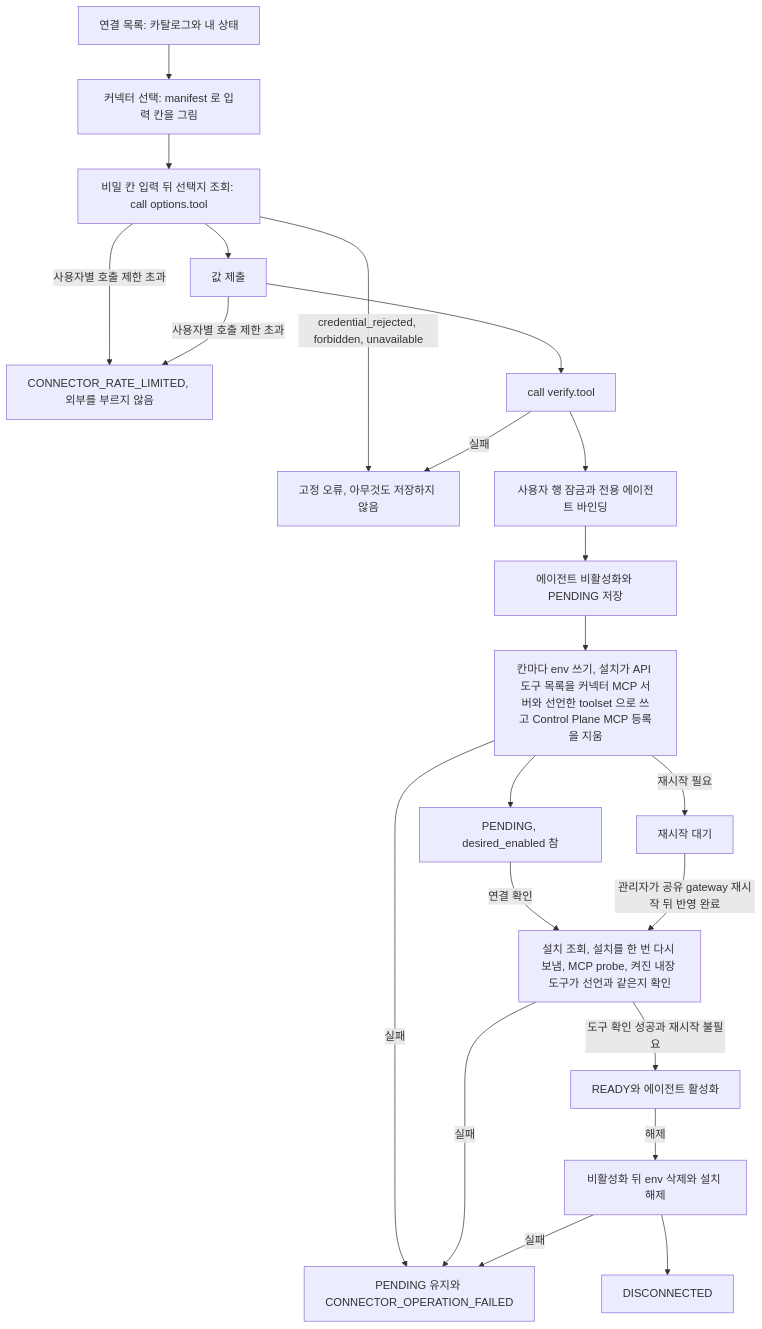
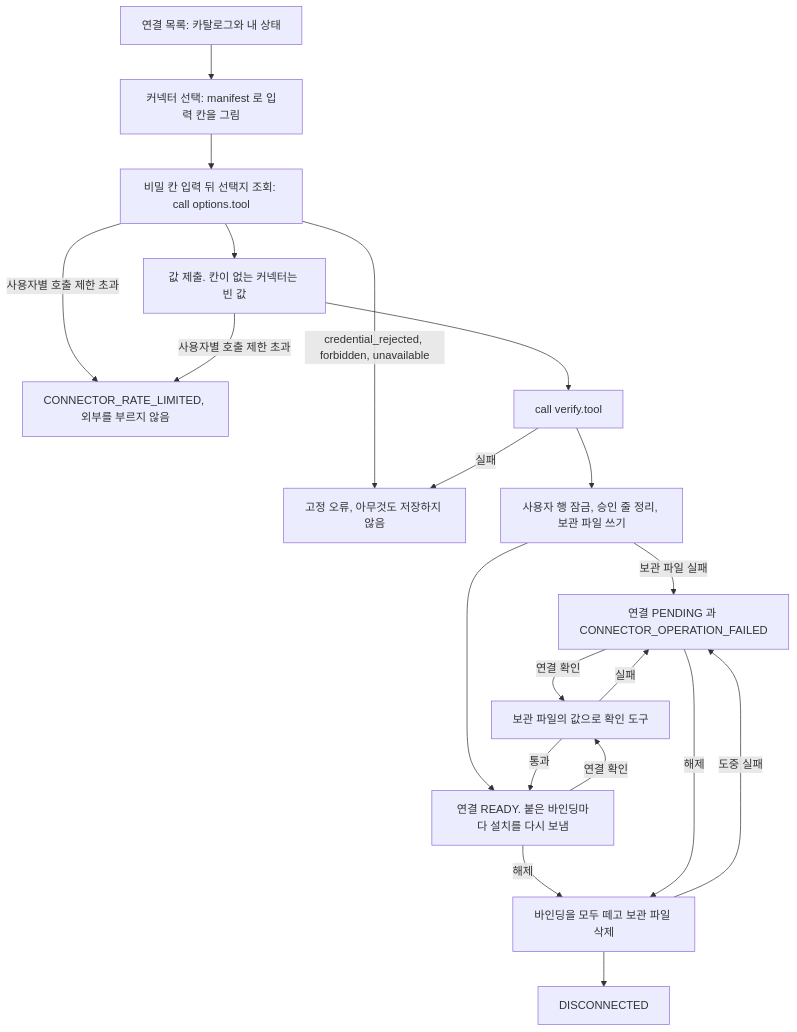
Before and after one commit to jon890/fos-assistant: the first of 2 diagrams in docs/backend/connector-install.md, drawn with Mermaid. The commit also changed other lines of this file and 40 other files, not shown here.

````diff
--- a/docs/backend/connector-install.md
+++ b/docs/backend/connector-install.md
@@ -203,24 +303,22 @@
 ```mermaid
 flowchart TD
     L[연결 목록: 카탈로그와 내 상태] --> S[커넥터 선택: manifest 로 입력 칸을 그림]
     S --> O[비밀 칸 입력 뒤 선택지 조회: call options.tool]
     O -->|사용자별 호출 제한 초과| T[CONNECTOR_RATE_LIMITED, 외부를 부르지 않음]
     O -->|credential_rejected, forbidden, unavailable| X[고정 오류, 아무것도 저장하지 않음]
-    O --> A[값 제출]
+    O --> A[값 제출. 칸이 없는 커넥터는 빈 값]
     A -->|사용자별 호출 제한 초과| T
     A --> V[call verify.tool]
     V -->|실패| X
-    V --> C[사용자 행 잠금과 전용 에이전트 바인딩]
-    C --> D[에이전트 비활성화와 PENDING 저장]
-    D --> E[칸마다 env 쓰기, 설치가 API 도구 목록을 커넥터 MCP 서버와 선언한 toolset 으로 쓰고 Control Plane MCP 등록을 지움]
-    E -->|실패| P[PENDING 유지와 CONNECTOR_OPERATION_FAILED]
-    E -->|재시작 필요| W[재시작 대기]
-    E --> P2[PENDING, desired_enabled 참]
-    P2 -->|연결 확인| F[설치 조회, 설치를 한 번 다시 보냄, MCP probe, 켜진 내장 도구가 선언과 같은지 확인]
-    F -->|도구 확인 성공과 재시작 불필요| R[READY와 에이전트 활성화]
+    V --> C[사용자 행 잠금, 승인 줄 정리, 보관 파일 쓰기]
+    C -->|보관 파일 실패| P[연결 PENDING 과 CONNECTOR_OPERATION_FAILED]
+    C --> R[연결 READY. 붙은 바인딩마다 설치를 다시 보냄]
+    R -->|연결 확인| F[보관 파일의 값으로 확인 도구]
+    P -->|연결 확인| F
+    F -->|통과| R
     F -->|실패| P
-    W -->|관리자가 공유 gateway 재시작 뒤 반영 완료| F
-    R -->|해제| U[비활성화 뒤 env 삭제와 설치 해제]
-    U -->|실패| P
+    R -->|해제| U[바인딩을 모두 떼고 보관 파일 삭제]
+    P -->|해제| U
+    U -->|도중 실패| P
     U --> Z[DISCONNECTED]
 ```
````
